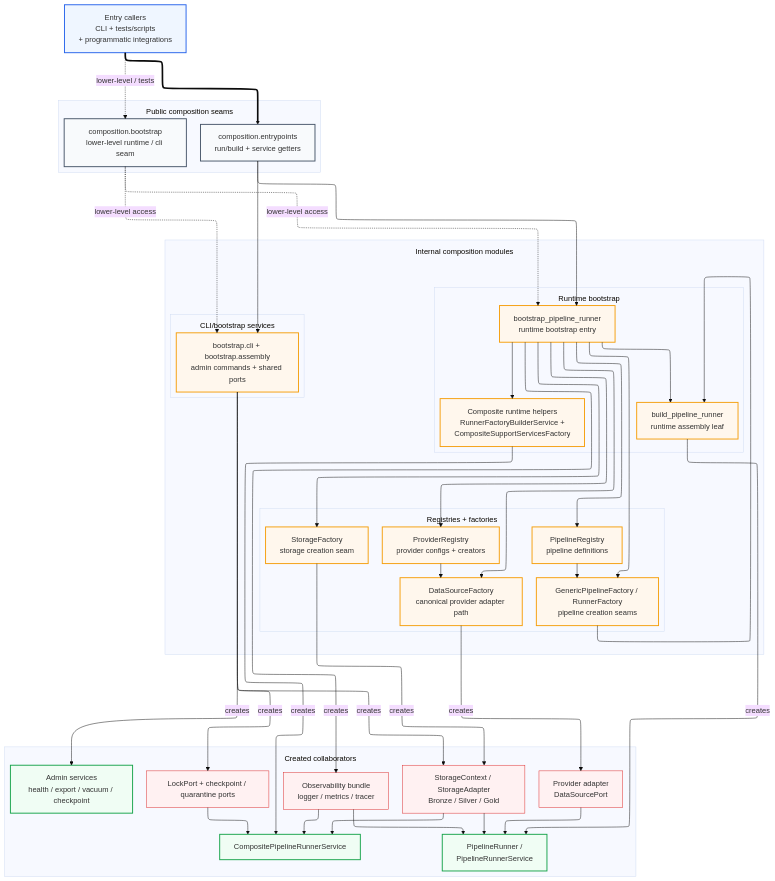
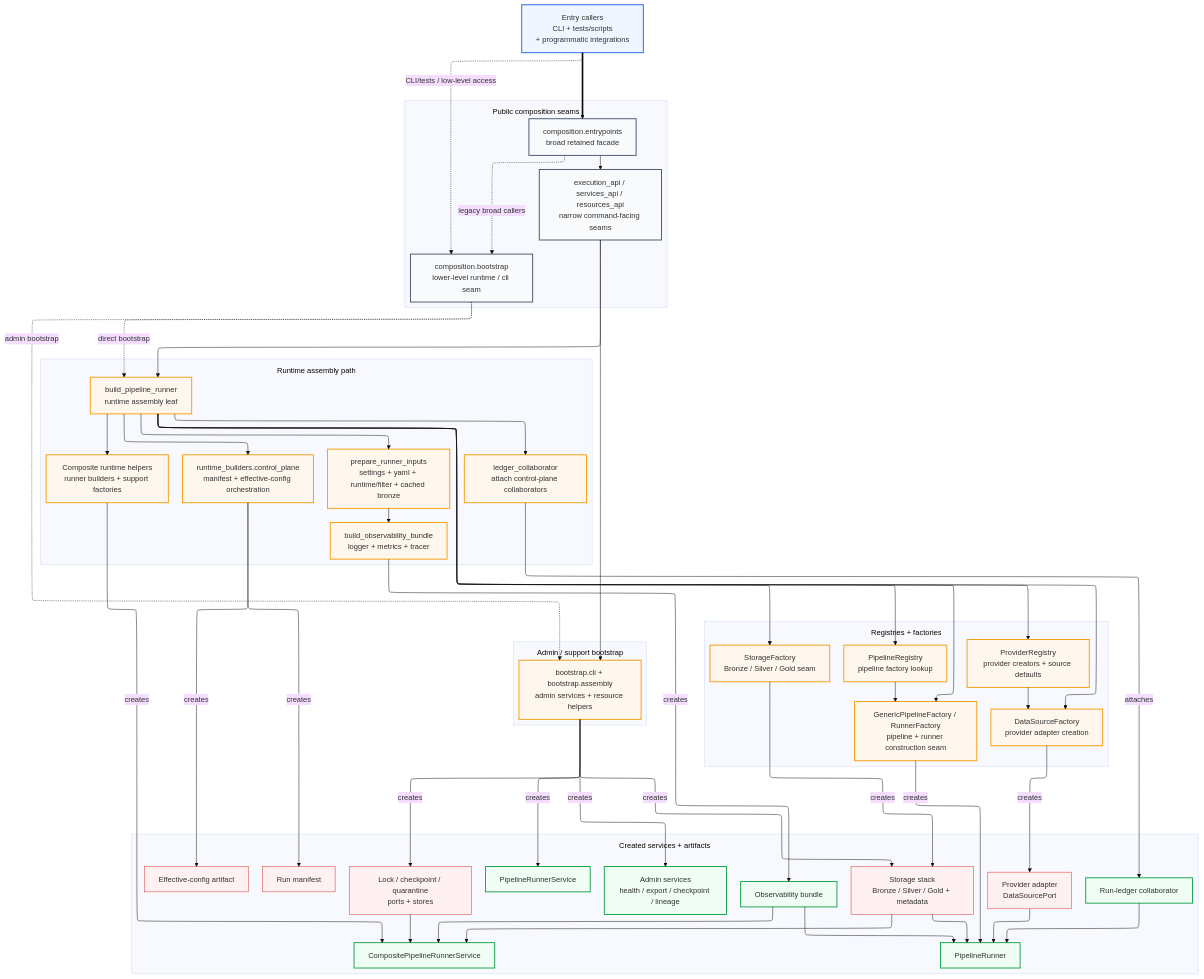
The diagram in docs/02-architecture/diagrams/architecture/12-bootstrap-di-container.mmd (SatoryKono/BioactivityDataAcquisition), drawn with Mermaid (base theme) before and after one commit. The commit also changed 33 other files, not shown here.

First line of the commit message:
Add control-plane diagram; update bootstrap

```diff
--- a/docs/02-architecture/diagrams/architecture/12-bootstrap-di-container.mmd
+++ b/docs/02-architecture/diagrams/architecture/12-bootstrap-di-container.mmd
@@ -1,107 +1,121 @@
 %% BioETL — Bootstrap / DI Container (Composition Root)
-%% Shows current entrypoints/bootstrap seams and the runtime/admin assembly path they drive today.
+%% Shows current public composition seams, runtime assembly, and control-plane artifact wiring.
 
-%% @version 1.3.0
-%% @date    2026-03-24
+%% @version 1.4.0
+%% @date    2026-03-28
 %% @type    flowchart
 %% @level   System / Component
-%% @nodes   20
-%% @reference  Decomposed into 12a, 12b sub-diagrams
+%% @nodes   25
+%% @reference  Decomposed into 12a, 12b sub-diagrams; complements 19-control-plane-artifacts.mmd
 
 %%{init: {
   'flowchart': {
     'subGraphTitleMargin': { 'top': 12, 'bottom': 12 }
   },
   'layout': 'elk',
   'elk': {
     'mergeEdges': true,
     'nodePlacementStrategy': 'BRANDES_KOEPF',
     'edgeRouting': 'ORTHOGONAL'
   }
 }}%%
-%% @uniform width=192 height=108 max_title_len=20 max_desc_lines=4
+%% @uniform width=208 height=108 max_title_len=22 max_desc_lines=4
 graph TB
     CALLERS["Entry callers<br/>CLI + tests/scripts<br/>+ programmatic integrations"]:::size-md
 
     subgraph Public["Public composition seams"]
-        ENTRY["composition.entrypoints<br/>run/build + service getters"]:::size-md
+        ENTRY["composition.entrypoints<br/>broad retained facade"]:::size-md
+        APIS["execution_api / services_api / resources_api<br/>narrow command-facing seams"]:::size-md
         BOOT["composition.bootstrap<br/>lower-level runtime / cli seam"]:::size-md
     end
 
-    subgraph Composition["Internal composition modules"]
-        subgraph Registries["Registries + factories"]
-            PR["ProviderRegistry<br/>provider configs + creators"]:::size-md
-            PIPE["PipelineRegistry<br/>pipeline definitions"]:::size-md
-            DSF["DataSourceFactory<br/>canonical provider adapter path"]:::size-md
-            PF["GenericPipelineFactory / RunnerFactory<br/>pipeline creation seams"]:::size-md
-            SF["StorageFactory<br/>storage creation seam"]:::size-md
-        end
-
-        subgraph Runtime["Runtime bootstrap"]
-            BPR["bootstrap_pipeline_runner<br/>runtime bootstrap entry"]:::size-md
-            BUILDER["build_pipeline_runner<br/>runtime assembly leaf"]:::size-md
-            RH["Composite runtime helpers<br/>RunnerFactoryBuilderService +<br/>CompositeSupportServicesFactory"]:::size-md
-        end
-
-        subgraph Admin["CLI/bootstrap services"]
-            SUPPORT["bootstrap.cli + bootstrap.assembly<br/>admin commands + shared ports"]:::size-md
-        end
+    subgraph Factories["Registries + factories"]
+        PR["ProviderRegistry<br/>provider creators + source defaults"]:::size-md
+        PIPE["PipelineRegistry<br/>pipeline factory lookup"]:::size-md
+        DSF["DataSourceFactory<br/>provider adapter creation"]:::size-md
+        GPF["GenericPipelineFactory / RunnerFactory<br/>pipeline + runner construction seam"]:::size-md
+        STF["StorageFactory<br/>Bronze / Silver / Gold seam"]:::size-md
     end
 
-    subgraph Created["Created collaborators"]
+    subgraph Runtime["Runtime assembly path"]
+        INPUTS["prepare_runner_inputs<br/>settings + yaml + runtime/filter + cached bronze"]:::size-md
+        OBSB["build_observability_bundle<br/>logger + metrics + tracer"]:::size-md
+        BUILDER["build_pipeline_runner<br/>runtime assembly leaf"]:::size-md
+        CTRL["runtime_builders.control_plane<br/>manifest + effective-config orchestration"]:::size-md
+        LCOL["ledger_collaborator<br/>attach control-plane collaborators"]:::size-md
+        CH["Composite runtime helpers<br/>runner builders + support factories"]:::size-md
+    end
+
+    subgraph Admin["Admin / support bootstrap"]
+        SUPPORT["bootstrap.cli + bootstrap.assembly<br/>admin services + resource helpers"]:::size-md
+    end
+
+    subgraph Created["Created services + artifacts"]
         ADAPTER["Provider adapter<br/>DataSourcePort"]:::size-md
-        STORAGE["StorageContext / StorageAdapter<br/>Bronze / Silver / Gold"]:::size-md
-        OBS["Observability bundle<br/>logger / metrics / tracer"]:::size-md
-        LOCK["LockPort + checkpoint / quarantine ports"]:::size-md
-        RUNNER["PipelineRunner /<br/>PipelineRunnerService"]:::size-md
+        STORAGE["Storage stack<br/>Bronze / Silver / Gold + metadata"]:::size-md
+        STATE["Lock / checkpoint / quarantine<br/>ports + stores"]:::size-md
+        OBS["Observability bundle"]:::size-md
+        RUNNER["PipelineRunner"]:::size-md
+        PSVC["PipelineRunnerService"]:::size-md
         COMPOSITE["CompositePipelineRunnerService"]:::size-md
-        ADMINSVC["Admin services<br/>health / export / vacuum / checkpoint"]:::size-md
+        ADMINSVC["Admin services<br/>health / export / checkpoint / lineage"]:::size-md
+        MANIFEST["Run manifest"]:::size-md
+        ECFG["Effective-config artifact"]:::size-md
+        LEDGER["Run-ledger collaborator"]:::size-md
     end
 
     CALLERS ==> ENTRY
-    CALLERS -.->|"lower-level / tests"| BOOT
+    CALLERS -.->|"CLI/tests / low-level access"| BOOT
 
-    ENTRY --> BPR
-    ENTRY --> SUPPORT
-    BOOT -.->|"lower-level access"| BPR
-    BOOT -.->|"lower-level access"| SUPPORT
+    ENTRY --> APIS
+    ENTRY -.->|"legacy broad callers"| BOOT
+    APIS --> BUILDER
+    APIS --> SUPPORT
+    BOOT -.->|"direct bootstrap"| BUILDER
+    BOOT -.->|"admin bootstrap"| SUPPORT
 
-    BPR --> PR
-    BPR --> PIPE
-    BPR --> DSF
-    BPR --> PF
-    BPR --> SF
-    BPR --> BUILDER
-    BPR --> RH
+    BUILDER --> PR
+    BUILDER --> PIPE
+    BUILDER --> DSF
+    BUILDER --> GPF
+    BUILDER --> STF
+    BUILDER --> INPUTS
+    BUILDER --> CTRL
+    BUILDER --> LCOL
+    BUILDER --> CH
 
+    INPUTS --> OBSB
     PR --> DSF
-    PIPE --> PF
-    PF --> BUILDER
-
+    PIPE --> GPF
     DSF -->|creates| ADAPTER
-    SF -->|creates| STORAGE
+    STF -->|creates| STORAGE
     SUPPORT -->|creates| STORAGE
-    SUPPORT -->|creates| LOCK
-    BPR -->|creates| OBS
-    BUILDER -->|creates| RUNNER
-    RH -->|creates| COMPOSITE
+    SUPPORT -->|creates| STATE
+    SUPPORT -->|creates| PSVC
     SUPPORT -->|creates| ADMINSVC
+    OBSB -->|creates| OBS
+    GPF -->|creates| RUNNER
+    CH -->|creates| COMPOSITE
+    CTRL -->|creates| MANIFEST
+    CTRL -->|creates| ECFG
+    LCOL -->|attaches| LEDGER
 
     ADAPTER --> RUNNER
     STORAGE --> RUNNER
     OBS --> RUNNER
-    LOCK --> COMPOSITE
+    LEDGER --> RUNNER
     STORAGE --> COMPOSITE
+    STATE --> COMPOSITE
     OBS --> COMPOSITE
 
     classDef entry fill:#eff6ff,stroke:#2563eb,stroke-width:2px
     classDef public fill:#f8fafc,stroke:#475569,stroke-width:2px
     classDef comp fill:#fff7ed,stroke:#f59e0b,stroke-width:2px
     classDef infra fill:#fff1f2,stroke:#dc2626
     classDef app fill:#f0fdf4,stroke:#16a34a,stroke-width:2px
 
     class CALLERS entry
-    class ENTRY,BOOT public
-    class PR,PIPE,DSF,PF,SF,BPR,BUILDER,RH,SUPPORT comp
-    class ADAPTER,STORAGE,OBS,LOCK infra
-    class RUNNER,COMPOSITE,ADMINSVC app
+    class ENTRY,APIS,BOOT public
+    class PR,PIPE,DSF,GPF,STF,INPUTS,OBSB,BUILDER,CTRL,LCOL,CH,SUPPORT comp
+    class ADAPTER,STORAGE,STATE,MANIFEST,ECFG infra
+    class OBS,RUNNER,PSVC,COMPOSITE,ADMINSVC,LEDGER app
```
